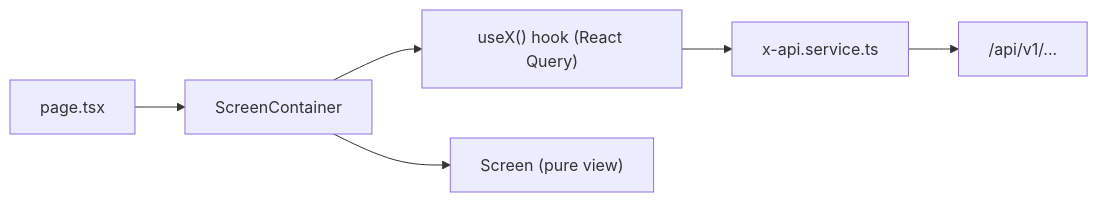
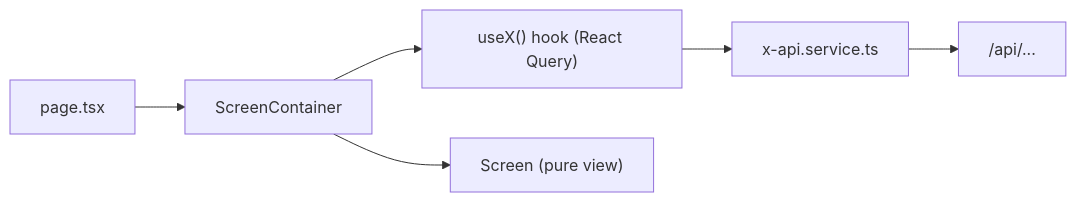
One commit to Ferhatmedtahar/rent-management changed the first of 3 diagrams in docs/patterns.md. Above: the diagram before and after it, drawn with Mermaid. The commit also changed 20 other files, not shown here.

````diff
--- a/docs/patterns.md
+++ b/docs/patterns.md
@@ -10,8 +10,8 @@
 ```mermaid
 flowchart LR
   Page["page.tsx"] --> Container["ScreenContainer"]
   Container --> Hook["useX() hook (React Query)"]
   Container --> View["Screen (pure view)"]
   Hook --> Service["x-api.service.ts"]
-  Service --> API["/api/v1/..."]
+  Service --> API["/api/..."]
 ```
````
